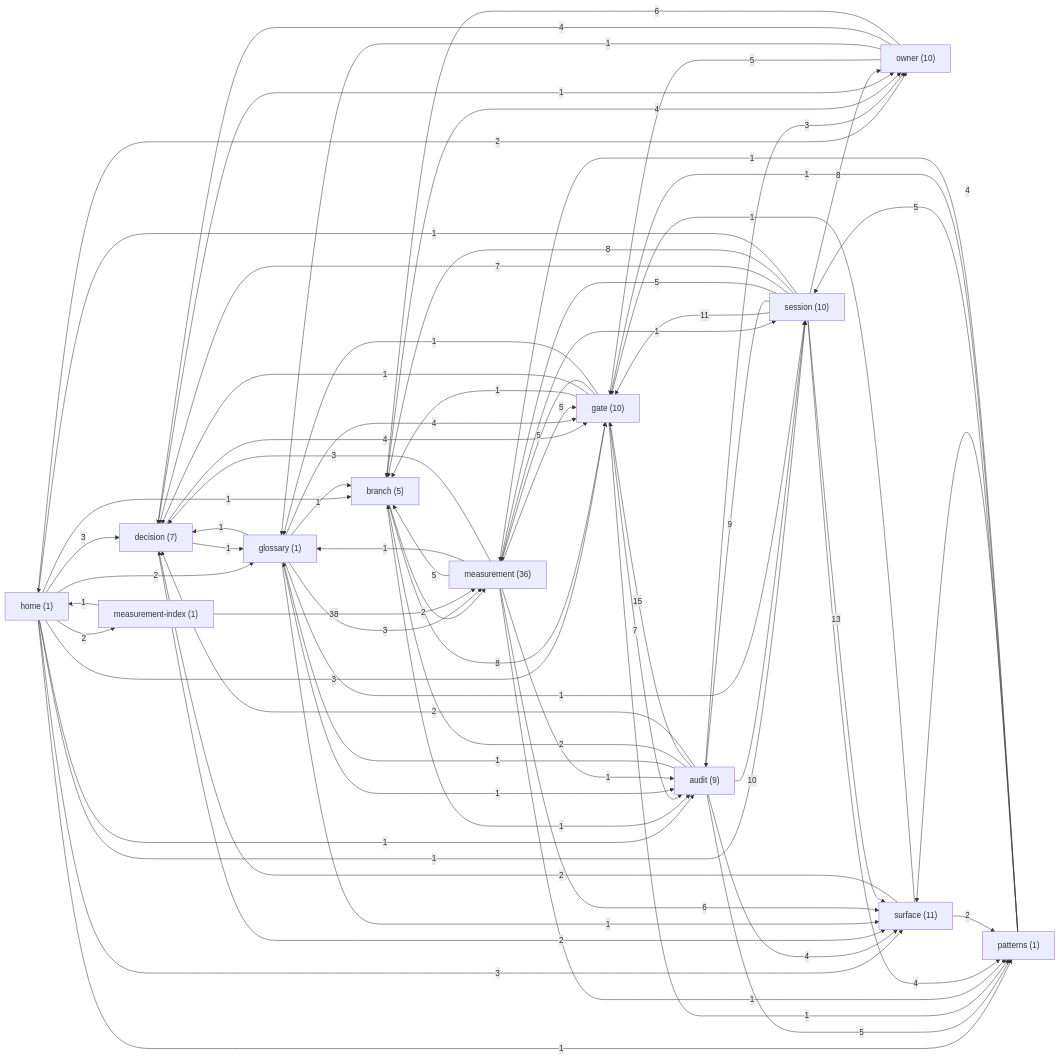
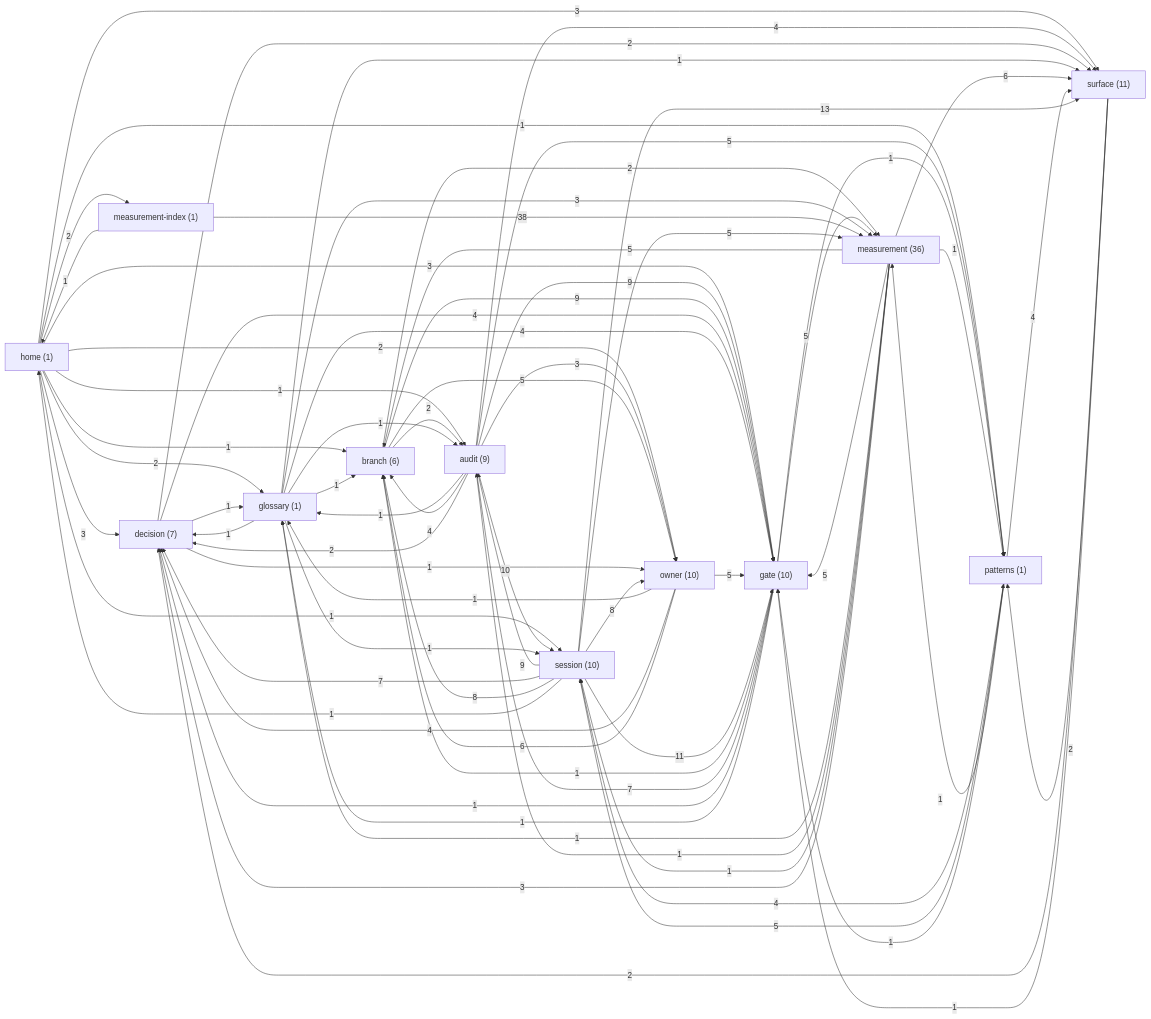
One commit to sergey9519546/STORYMACHINE changed the diagram in docs/brain/GRAPH.md. Above: the diagram before and after it, drawn with Mermaid. The commit also changed other lines of this file and 4 other files, not shown here.

First line of the commit message:
docs(brain): the 2026-09-12 adversarial audit note, the stacked scoring branch note, and the known bound defect recorded on the feature-length branch note

```diff
--- a/docs/brain/GRAPH.md
+++ b/docs/brain/GRAPH.md
@@ -10,7 +10,7 @@
 graph LR
   home["home (1)"]
   audit["audit (9)"]
-  branch["branch (5)"]
+  branch["branch (6)"]
   decision["decision (7)"]
   gate["gate (10)"]
   glossary["glossary (1)"]
@@ -32,16 +32,16 @@
   home -->|1| patterns
   audit -->|1| glossary
   audit -->|10| session
-  audit -->|2| branch
-  audit -->|15| gate
+  audit -->|4| branch
+  audit -->|9| gate
   audit -->|2| decision
   audit -->|5| patterns
   audit -->|3| owner
   audit -->|4| surface
+  branch -->|2| audit
+  branch -->|5| owner
+  branch -->|9| gate
   branch -->|2| measurement
-  branch -->|8| gate
-  branch -->|1| audit
-  branch -->|4| owner
   decision -->|1| glossary
   decision -->|4| gate
   decision -->|2| surface
```
